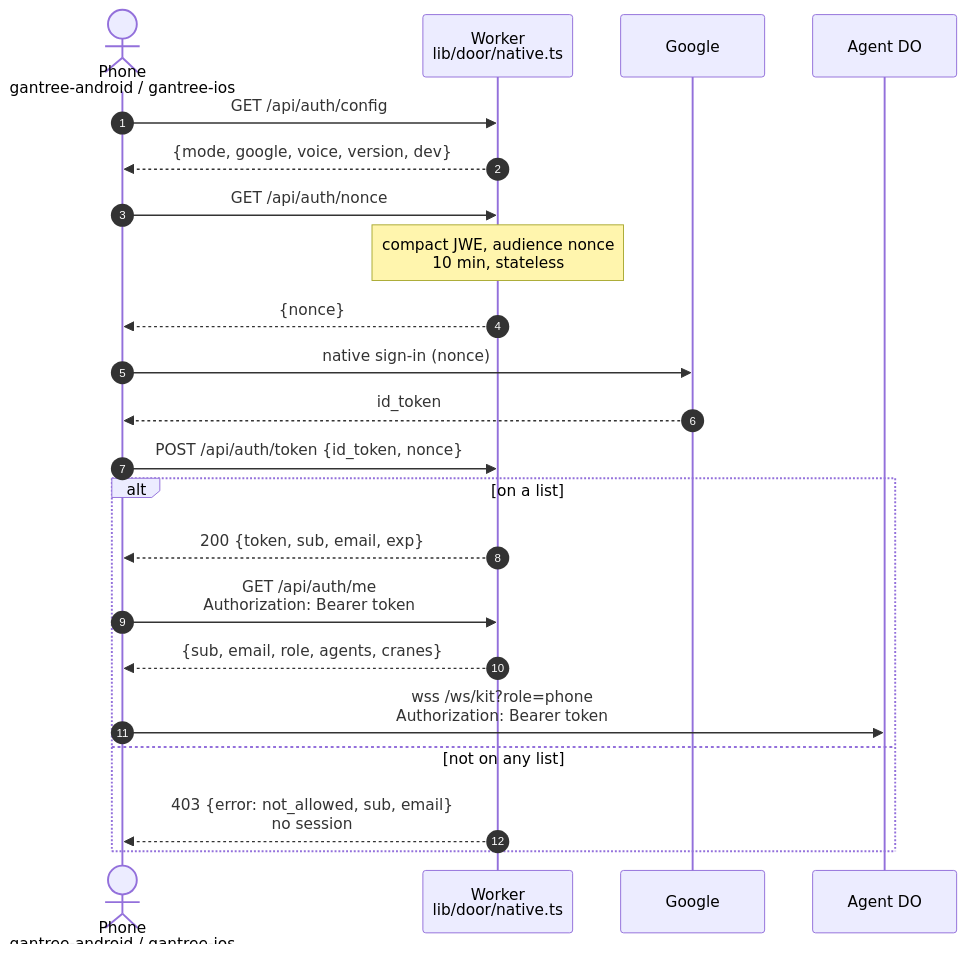
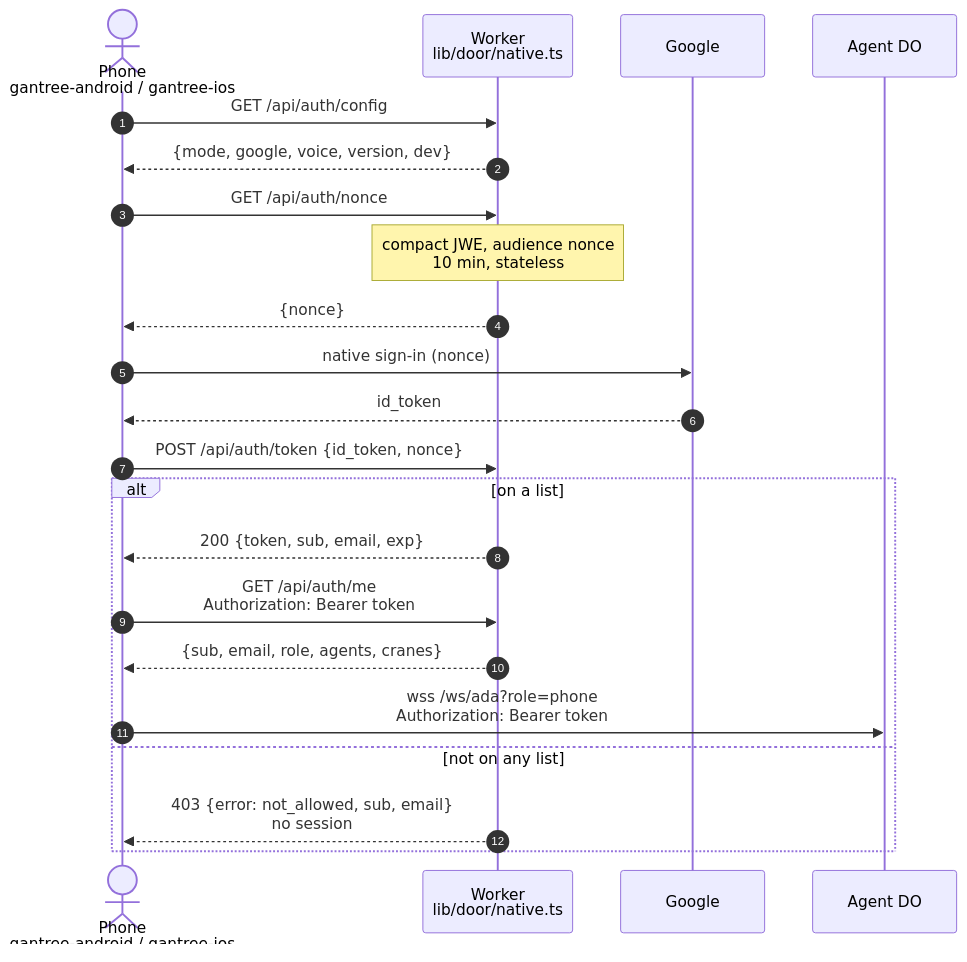
Before and after one commit to shotah/gantree2: the fifth of 11 diagrams in docs/architecture.md, drawn with Mermaid. The commit also changed other lines of this file and 103 other files, not shown here.

````diff
--- a/docs/architecture.md
+++ b/docs/architecture.md
@@ -232,25 +258,25 @@
 ```mermaid
 sequenceDiagram
   autonumber
   actor P as Phone<br/>gantree-android / gantree-ios
   participant W as Worker<br/>lib/door/native.ts
   participant G as Google
   participant A as Agent DO
 
   P->>W: GET /api/auth/config
   W-->>P: {mode, google, voice, version, dev}
   P->>W: GET /api/auth/nonce
   Note over W: compact JWE, audience nonce<br/>10 min, stateless
   W-->>P: {nonce}
   P->>G: native sign-in (nonce)
   G-->>P: id_token
   P->>W: POST /api/auth/token {id_token, nonce}
   alt on a list
     W-->>P: 200 {token, sub, email, exp}
     P->>W: GET /api/auth/me<br/>Authorization: Bearer token
     W-->>P: {sub, email, role, agents, cranes}
-    P->>A: wss /ws/kit?role=phone<br/>Authorization: Bearer token
+    P->>A: wss /ws/ada?role=phone<br/>Authorization: Bearer token
   else not on any list
     W-->>P: 403 {error: not_allowed, sub, email}<br/>no session
   end
 ```
````
